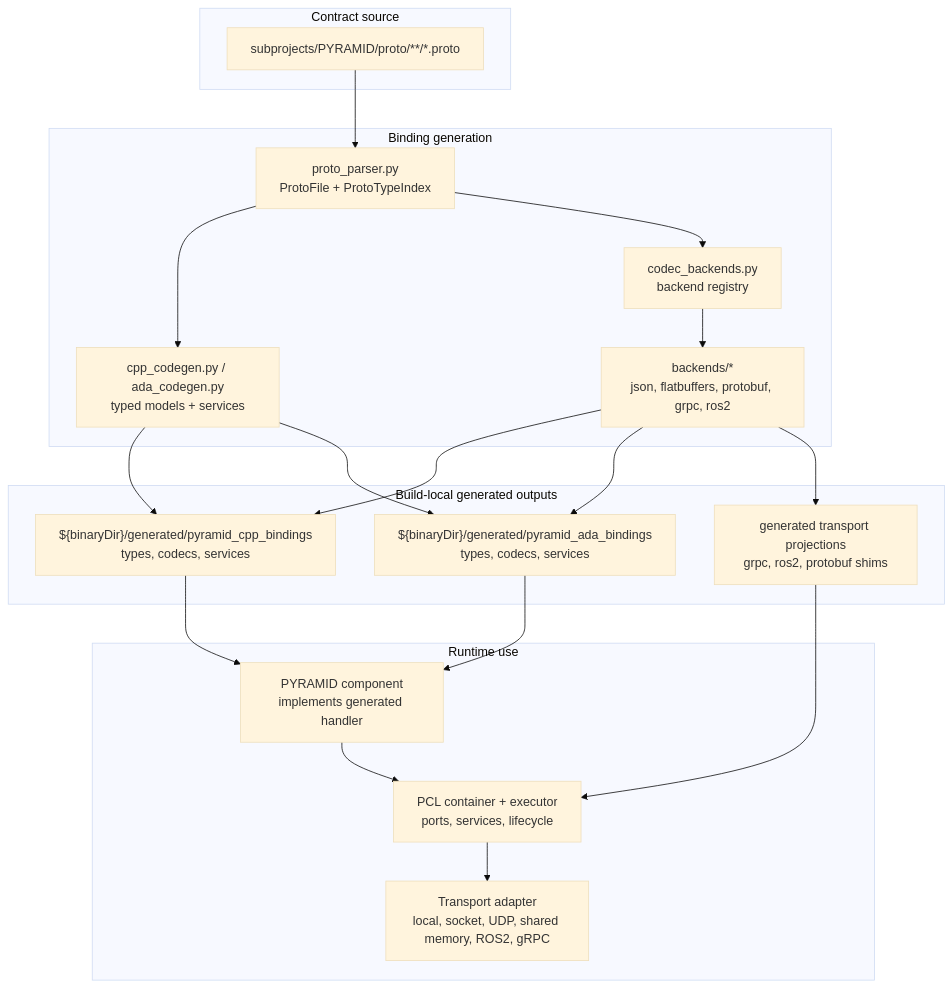
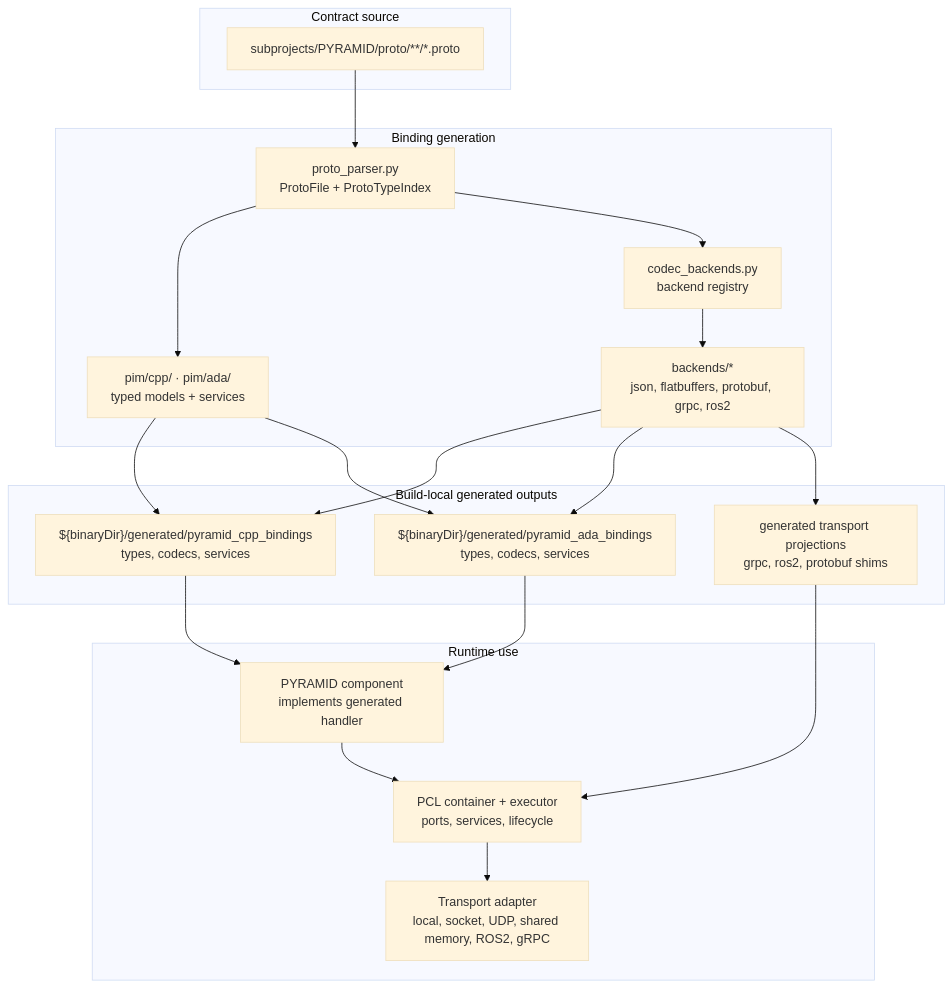
Before and after one commit to Ackoogin/mujin: the first of 5 diagrams in subprojects/PYRAMID/doc/architecture/pcl_pyramid_binding_generation_overview.md, drawn with Mermaid (base theme). The commit also changed other lines of this file and 8 other files, not shown here.

First line of the commit message:
PYRAMID C4: delete the cpp_codegen.py / ada_codegen.py re-export shims

````diff
--- a/subprojects/PYRAMID/doc/architecture/pcl_pyramid_binding_generation_overview.md
+++ b/subprojects/PYRAMID/doc/architecture/pcl_pyramid_binding_generation_overview.md
@@ -40,38 +40,38 @@
 ```mermaid
 flowchart TB
   subgraph Contract["Contract source"]
     Proto["subprojects/PYRAMID/proto/**/*.proto"]
   end
 
   subgraph Generator["Binding generation"]
     Parser["proto_parser.py<br/>ProtoFile + ProtoTypeIndex"]
-    Lang["cpp_codegen.py / ada_codegen.py<br/>typed models + services"]
+    Lang["pim/cpp/ · pim/ada/<br/>typed models + services"]
     Registry["codec_backends.py<br/>backend registry"]
     Backends["backends/*<br/>json, flatbuffers, protobuf, grpc, ros2"]
   end
 
   subgraph Generated["Build-local generated outputs"]
     Cpp["${binaryDir}/generated/pyramid_cpp_bindings<br/>types, codecs, services"]
     Ada["${binaryDir}/generated/pyramid_ada_bindings<br/>types, codecs, services"]
     Transport["generated transport projections<br/>grpc, ros2, protobuf shims"]
   end
 
   subgraph Runtime["Runtime use"]
     Component["PYRAMID component<br/>implements generated handler"]
     Pcl["PCL container + executor<br/>ports, services, lifecycle"]
     Wire["Transport adapter<br/>local, socket, UDP, shared memory, ROS2, gRPC"]
   end
 
   Proto --> Parser --> Lang
   Parser --> Registry --> Backends
   Lang --> Cpp
   Lang --> Ada
   Backends --> Cpp
   Backends --> Ada
   Backends --> Transport
 
   Cpp --> Component
   Ada --> Component
   Transport --> Pcl
   Component --> Pcl --> Wire
 ```
````
